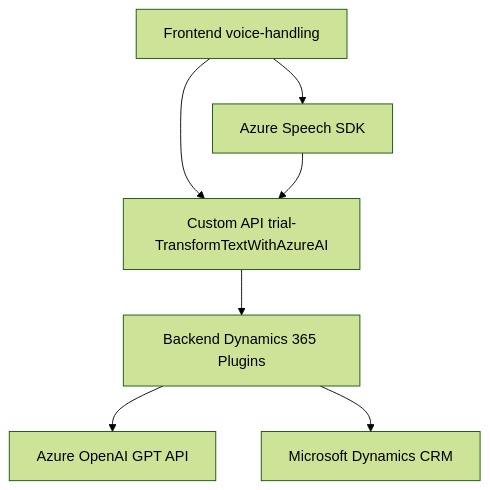
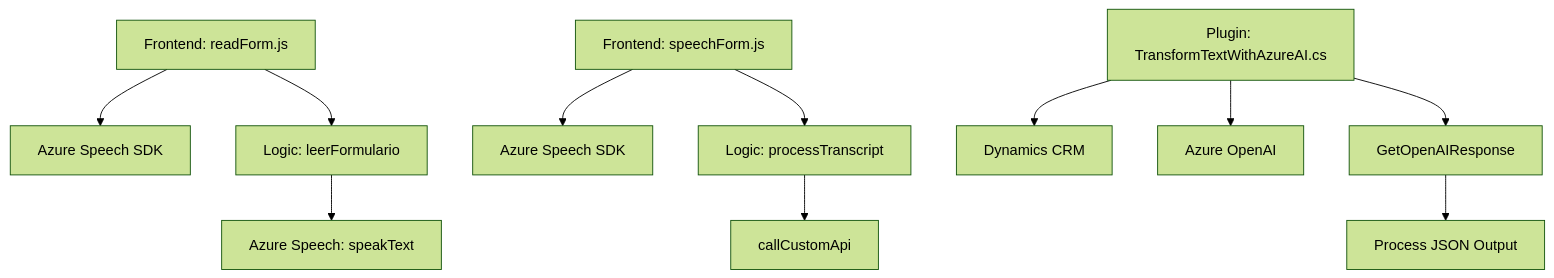
The diagram in README.md (blopezdm/NETCORE_BILBAO2025), drawn with Mermaid (forest theme) before and after one commit. The commit also changed other lines of this file, not shown here.

````diff
--- a/README.md
+++ b/README.md
@@ -39,9 +37,15 @@
 ```mermaid
 graph TD
-    A[Frontend voice-handling] --> B[Azure Speech SDK]
-    A --> C[Custom API trial-TransformTextWithAzureAI]
-    B --> C
-    C --> D[Backend Dynamics 365 Plugins]
-    D --> E["Azure OpenAI GPT API"]
-    D --> F["Microsoft Dynamics CRM"]
+  A["Frontend: readForm.js"] --> B["Azure Speech SDK"]
+  A --> C["Logic: leerFormulario"]
+  C --> D["Azure Speech: speakText"]
+  
+  E["Frontend: speechForm.js"] --> F["Azure Speech SDK"]
+  E --> G["Logic: processTranscript"]
+  G --> H["callCustomApi"]
+  
+  I["Plugin: TransformTextWithAzureAI.cs"] --> J["Dynamics CRM"]
+  I --> K["Azure OpenAI"]
+  I --> L["GetOpenAIResponse"]
+  L --> M["Process JSON Output"]
 ```
````
